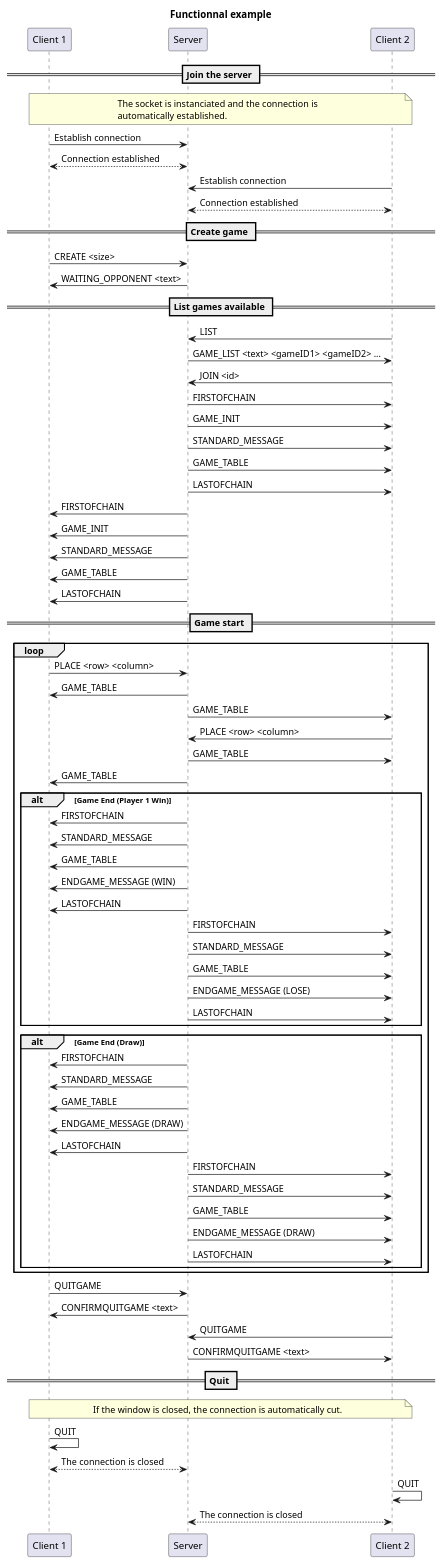
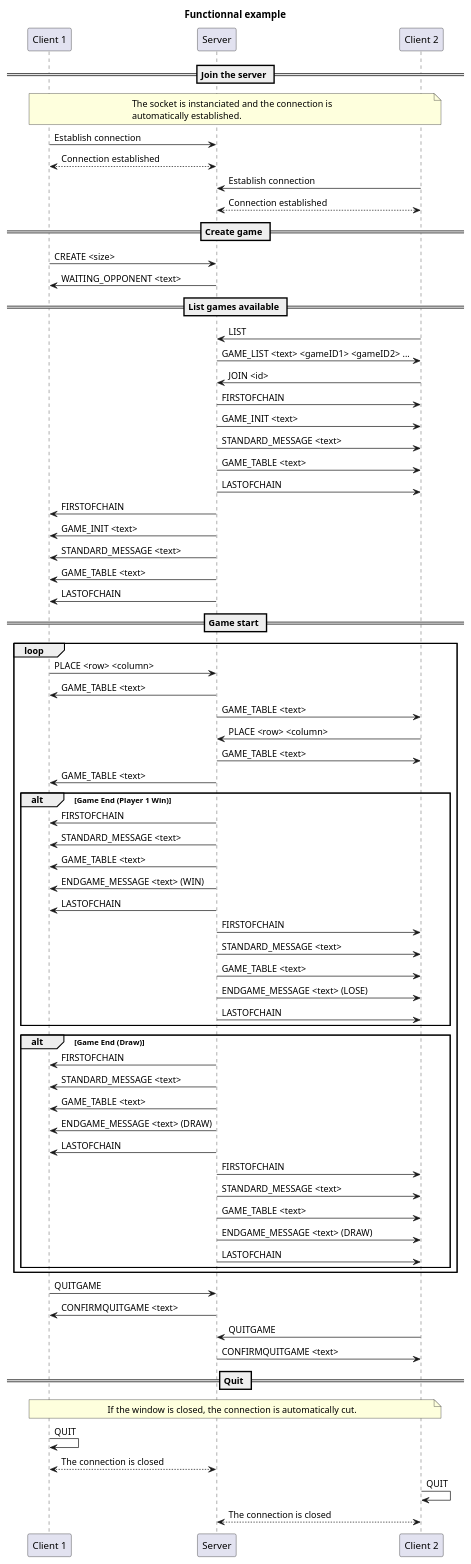
The diagram in doc/diagrams/Functional_example.puml (AlexB-HEIG/DAI-Practical-work-2), drawn with PlantUML before and after one commit. The commit also changed 13 other files, not shown here.

Commit message:
add missing arguments to diagram

```diff
--- a/doc/diagrams/Functional_example.puml
+++ b/doc/diagrams/Functional_example.puml
@@ -1,110 +1,110 @@
 @startuml
 
 title "Functionnal example"
 
 participant "Client 1" as c1
 participant "Server" as s
 participant "Client 2" as c2
 
 == Join the server ==
 
 note over c1, c2
 The socket is instanciated and the connection is
 automatically established.
 end note
 
 c1->s : Establish connection
 c1<-->s : Connection established
 
 c2->s : Establish connection
 c2<-->s : Connection established
 
 
 == Create game ==
 
 c1->s: CREATE <size>
 s->c1: WAITING_OPPONENT <text>
 
 == List games available ==
 
 c2->s: LIST
 s->c2: GAME_LIST <text> <gameID1> <gameID2> ...
 
 c2->s: JOIN <id>
 
 s->c2: FIRSTOFCHAIN
-s->c2: GAME_INIT
-s->c2: STANDARD_MESSAGE
-s->c2: GAME_TABLE
+s->c2: GAME_INIT <text>
+s->c2: STANDARD_MESSAGE <text>
+s->c2: GAME_TABLE <text>
 s->c2: LASTOFCHAIN
 
 s->c1: FIRSTOFCHAIN
-s->c1: GAME_INIT
-s->c1: STANDARD_MESSAGE
-s->c1: GAME_TABLE
+s->c1: GAME_INIT <text>
+s->c1: STANDARD_MESSAGE <text>
+s->c1: GAME_TABLE <text>
 s->c1: LASTOFCHAIN
 
 == Game start ==
 
 loop
 
 
     c1->s: PLACE <row> <column>
-    s->c1: GAME_TABLE
-    s->c2: GAME_TABLE
+    s->c1: GAME_TABLE <text>
+    s->c2: GAME_TABLE <text>
 
     c2->s: PLACE <row> <column>
-    s->c2: GAME_TABLE
-    s->c1: GAME_TABLE
+    s->c2: GAME_TABLE <text>
+    s->c1: GAME_TABLE <text>
 
     alt Game End (Player 1 Win)
         s -> c1:FIRSTOFCHAIN
-        s -> c1:STANDARD_MESSAGE
-        s -> c1:GAME_TABLE
-        s -> c1:ENDGAME_MESSAGE (WIN)
+        s -> c1:STANDARD_MESSAGE <text>
+        s -> c1:GAME_TABLE <text>
+        s -> c1:ENDGAME_MESSAGE <text> (WIN)
         s -> c1:LASTOFCHAIN
         s -> c2:FIRSTOFCHAIN
-        s -> c2:STANDARD_MESSAGE
-        s -> c2:GAME_TABLE
-        s -> c2:ENDGAME_MESSAGE (LOSE)
+        s -> c2:STANDARD_MESSAGE <text>
+        s -> c2:GAME_TABLE <text>
+        s -> c2:ENDGAME_MESSAGE <text> (LOSE)
         s -> c2:LASTOFCHAIN
     end
 
     alt Game End (Draw)
         s -> c1:FIRSTOFCHAIN
-                s -> c1:STANDARD_MESSAGE
-                s -> c1:GAME_TABLE
-                s -> c1:ENDGAME_MESSAGE (DRAW)
-                s -> c1:LASTOFCHAIN
-                s -> c2:FIRSTOFCHAIN
-                s -> c2:STANDARD_MESSAGE
-                s -> c2:GAME_TABLE
-                s -> c2:ENDGAME_MESSAGE (DRAW)
-                s -> c2:LASTOFCHAIN
+        s -> c1:STANDARD_MESSAGE <text>
+        s -> c1:GAME_TABLE <text>
+        s -> c1:ENDGAME_MESSAGE <text> (DRAW)
+        s -> c1:LASTOFCHAIN
+        s -> c2:FIRSTOFCHAIN
+        s -> c2:STANDARD_MESSAGE <text>
+        s -> c2:GAME_TABLE <text>
+        s -> c2:ENDGAME_MESSAGE <text> (DRAW)
+        s -> c2:LASTOFCHAIN
     end
 
 
 
 end
 
     c1->s: QUITGAME
     s->c1: CONFIRMQUITGAME <text>
     c2->s: QUITGAME
     s->c2: CONFIRMQUITGAME <text>
 
 == Quit ==
 
 note over c1, c2
 If the window is closed, the connection is automatically cut.
 end note
 
 c1->c1: QUIT
 c1<-->s: The connection is closed
 
 
 c2->c2: QUIT
 c2<-->s: The connection is closed
 
 
 
 @enduml
```
